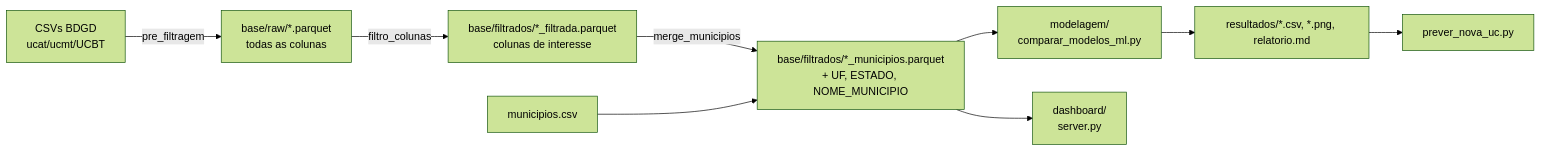
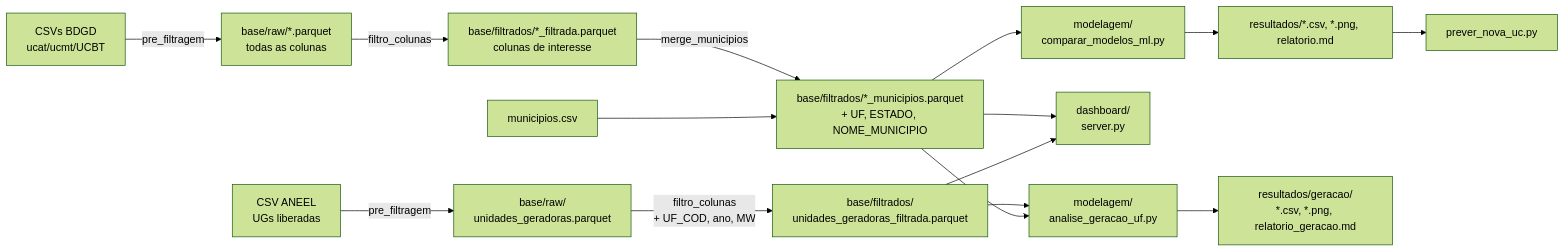
Before and after one commit to lucas-men-nobrega/TCC_projeto: the diagram in README.md, drawn with Mermaid (forest theme). The commit also changed other lines of this file and 22 other files, not shown here.

Commit message:
new: base+analise unidades_geradoras

````diff
--- a/README.md
+++ b/README.md
@@ -194,11 +229,17 @@
 ```mermaid
 flowchart LR
     A[CSVs BDGD<br/>ucat/ucmt/UCBT] -->|pre_filtragem| B[base/raw/*.parquet<br/>todas as colunas]
     B -->|filtro_colunas| C[base/filtrados/*_filtrada.parquet<br/>colunas de interesse]
     C -->|merge_municipios| D[base/filtrados/*_municipios.parquet<br/>+ UF, ESTADO, NOME_MUNICIPIO]
     M[municipios.csv] --> D
     D --> E[modelagem/<br/>comparar_modelos_ml.py]
     D --> F[dashboard/<br/>server.py]
     E --> G[resultados/*.csv, *.png, relatorio.md]
     G --> H[prever_nova_uc.py]
+    U[CSV ANEEL<br/>UGs liberadas] -->|pre_filtragem| UR[base/raw/<br/>unidades_geradoras.parquet]
+    UR -->|filtro_colunas<br/>+ UF_COD, ano, MW| UF[base/filtrados/<br/>unidades_geradoras_filtrada.parquet]
+    UF --> AG[modelagem/<br/>analise_geracao_uf.py]
+    D --> AG
+    AG --> RG[resultados/geracao/<br/>*.csv, *.png, relatorio_geracao.md]
+    UF --> F
 ```
````
